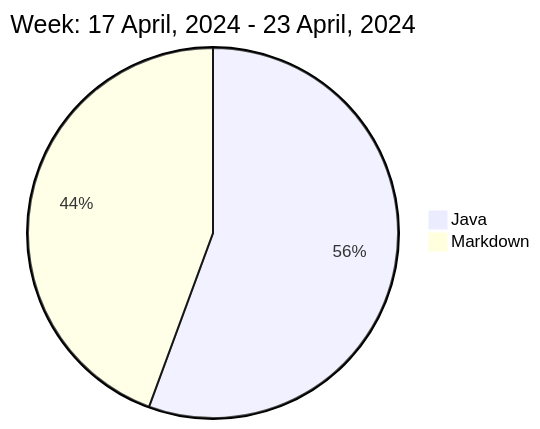
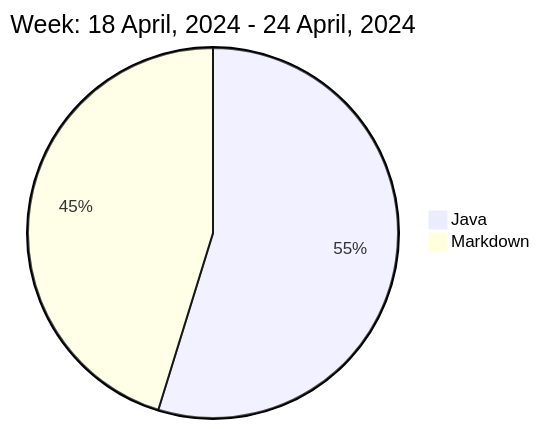
One commit to liubin95/liubin95 changed the diagram in README.md. Above: the diagram before and after it, drawn with Mermaid.

Commit message:
Updated the Graph with new Metrics

````diff
--- a/README.md
+++ b/README.md
@@ -37,6 +37,6 @@
 ```mermaid
  pie
-title Week: 17 April, 2024 - 23 April, 2024
- "Java" : 3.17
- "Markdown" : 2.53
+title Week: 18 April, 2024 - 24 April, 2024
+ "Java" : 3.27
+ "Markdown" : 2.7
 ```
````
